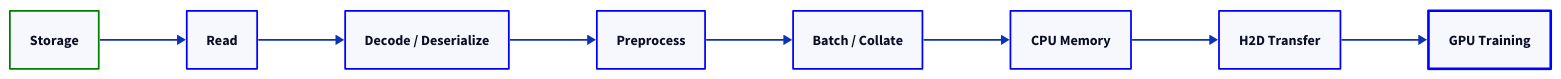
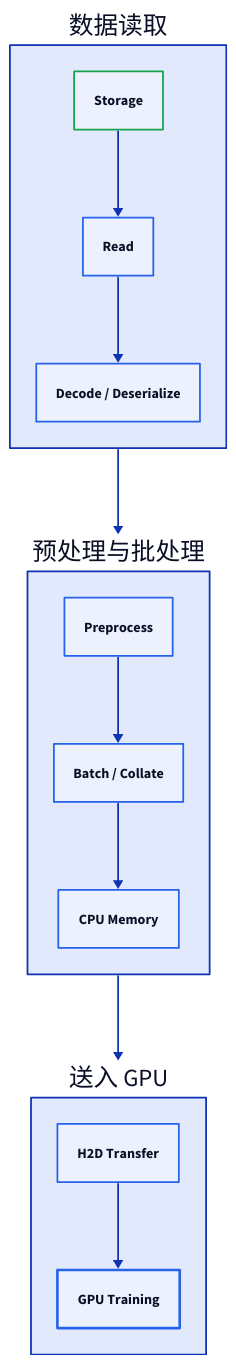
One commit to 111qqz/111qqz.github.io changed the diagram in images/dataloader-to-remote-dataloader/dataloader-pipeline.d2. Above: the diagram before and after it, drawn with D2. The commit also changed 23 other files, not shown here.

Commit message:
feat(diagrams): 重构 12 张过宽配图为纵向/分阶段布局，修正 D2 作用域并按需使用 TALA 111qqz/hugo-blog@0072b7b41add818594301a5db81fbe83de0efd16

```diff
--- a/images/dataloader-to-remote-dataloader/dataloader-pipeline.d2
+++ b/images/dataloader-to-remote-dataloader/dataloader-pipeline.d2
@@ -1,36 +1,30 @@
-direction: right
+direction: down
 
-Storage: {
-  style.stroke: green
-}
-Read: {
-  style.stroke: blue
-}
-Decode / Deserialize: {
-  style.stroke: blue
-}
-Preprocess: {
-  style.stroke: blue
-}
-Batch / Collate: {
-  style.stroke: blue
-}
-CPU Memory: {
-  style.stroke: blue
-}
-H2D Transfer: {
-  style.stroke: blue
-}
-GPU Training: {
-  style.stroke: blue
-  style.bold: true
-  style.stroke-width: 3
+read_stage: 数据读取 {
+  direction: right
+  Storage: { style.stroke: "#16a34a" }
+  Read: { style.stroke: "#2563eb" }
+  "Decode / Deserialize": { style.stroke: "#2563eb" }
+  Storage -> Read -> "Decode / Deserialize"
 }
 
-Storage -> Read
-Read -> Decode / Deserialize
-Decode / Deserialize -> Preprocess
-Preprocess -> Batch / Collate
-Batch / Collate -> CPU Memory
-CPU Memory -> H2D Transfer
-H2D Transfer -> GPU Training
+prep_stage: 预处理与批处理 {
+  direction: right
+  Preprocess: { style.stroke: "#2563eb" }
+  "Batch / Collate": { style.stroke: "#2563eb" }
+  "CPU Memory": { style.stroke: "#2563eb" }
+  Preprocess -> "Batch / Collate" -> "CPU Memory"
+}
+
+gpu_stage: 送入 GPU {
+  direction: right
+  "H2D Transfer": { style.stroke: "#2563eb" }
+  "GPU Training": {
+    style.stroke: "#2563eb"
+    style.bold: true
+    style.stroke-width: 3
+  }
+  "H2D Transfer" -> "GPU Training"
+}
+
+read_stage -> prep_stage -> gpu_stage
```
